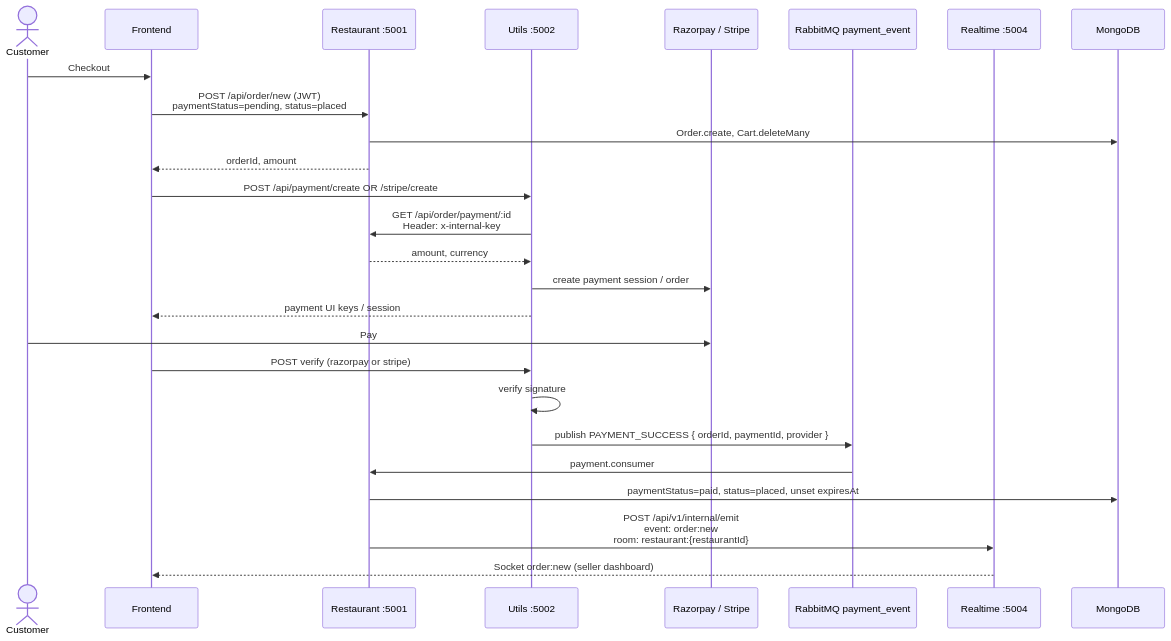
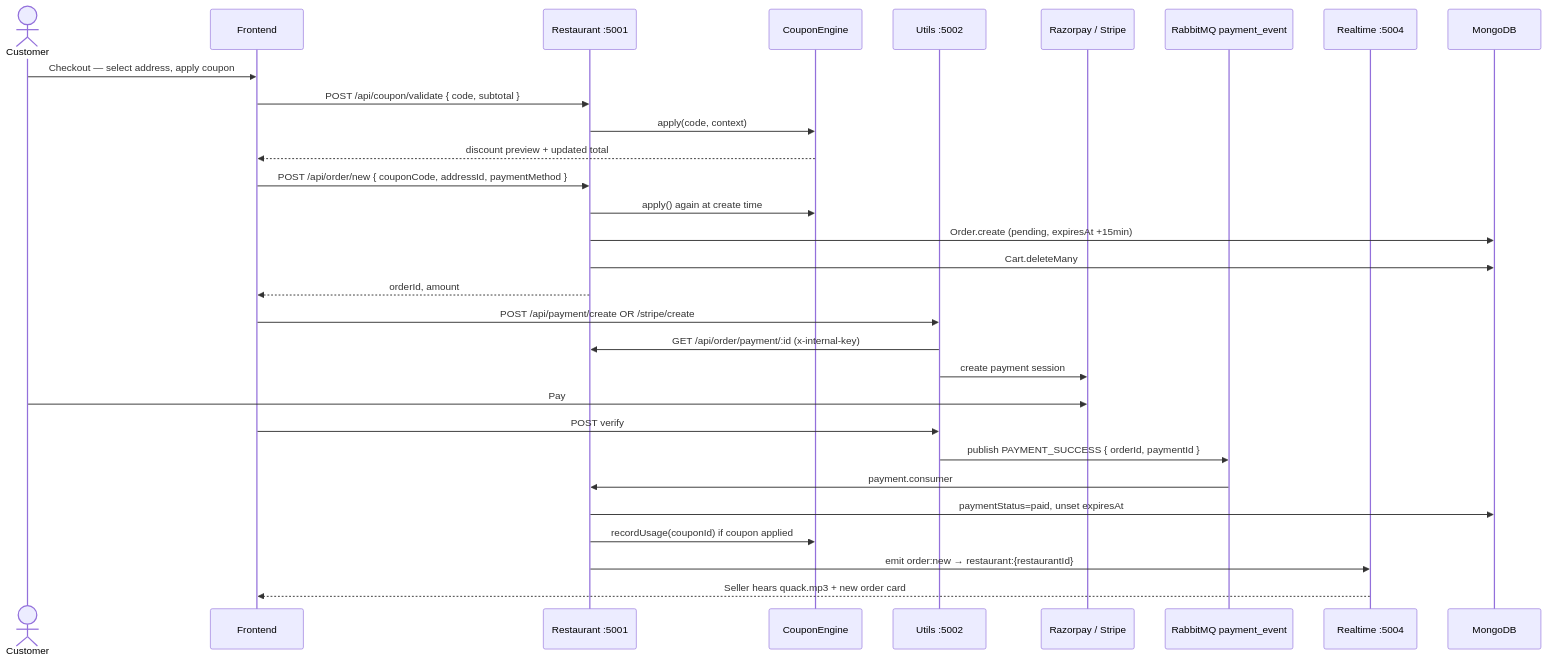
One commit to subhm2004/ByteBites changed the fourth of 18 diagrams in ARCHITECTURE.md. Above: the diagram before and after it, drawn with Mermaid. The commit also changed other lines of this file and 1 other file, not shown here.

````diff
--- a/ARCHITECTURE.md
+++ b/ARCHITECTURE.md
@@ -136,32 +163,36 @@
 ```mermaid
 sequenceDiagram
     actor U as Customer
     participant FE as Frontend
     participant R as Restaurant :5001
+    participant CE as CouponEngine
     participant U2 as Utils :5002
     participant PG as Razorpay / Stripe
     participant Q as RabbitMQ payment_event
     participant RT as Realtime :5004
     participant DB as MongoDB
 
-    U->>FE: Checkout
-    FE->>R: POST /api/order/new (JWT)<br/>paymentStatus=pending, status=placed
-    R->>DB: Order.create, Cart.deleteMany
+    U->>FE: Checkout — select address, apply coupon
+    FE->>R: POST /api/coupon/validate { code, subtotal }
+    R->>CE: apply(code, context)
+    CE-->>FE: discount preview + updated total
+
+    FE->>R: POST /api/order/new { couponCode, addressId, paymentMethod }
+    R->>CE: apply() again at create time
+    R->>DB: Order.create (pending, expiresAt +15min)
+    R->>DB: Cart.deleteMany
     R-->>FE: orderId, amount
 
     FE->>U2: POST /api/payment/create OR /stripe/create
-    U2->>R: GET /api/order/payment/:id<br/>Header: x-internal-key
-    R-->>U2: amount, currency
-    U2->>PG: create payment session / order
-    U2-->>FE: payment UI keys / session
-
+    U2->>R: GET /api/order/payment/:id (x-internal-key)
+    U2->>PG: create payment session
     U->>PG: Pay
-    FE->>U2: POST verify (razorpay or stripe)
-    U2->>U2: verify signature
-    U2->>Q: publish PAYMENT_SUCCESS { orderId, paymentId, provider }
+    FE->>U2: POST verify
+    U2->>Q: publish PAYMENT_SUCCESS { orderId, paymentId }
 
     Q->>R: payment.consumer
-    R->>DB: paymentStatus=paid, status=placed, unset expiresAt
-    R->>RT: POST /api/v1/internal/emit<br/>event: order:new<br/>room: restaurant:{restaurantId}
-    RT-->>FE: Socket order:new (seller dashboard)
+    R->>DB: paymentStatus=paid, unset expiresAt
+    R->>CE: recordUsage(couponId) if coupon applied
+    R->>RT: emit order:new → restaurant:{restaurantId}
+    RT-->>FE: Seller hears quack.mp3 + new order card
 ```
````
